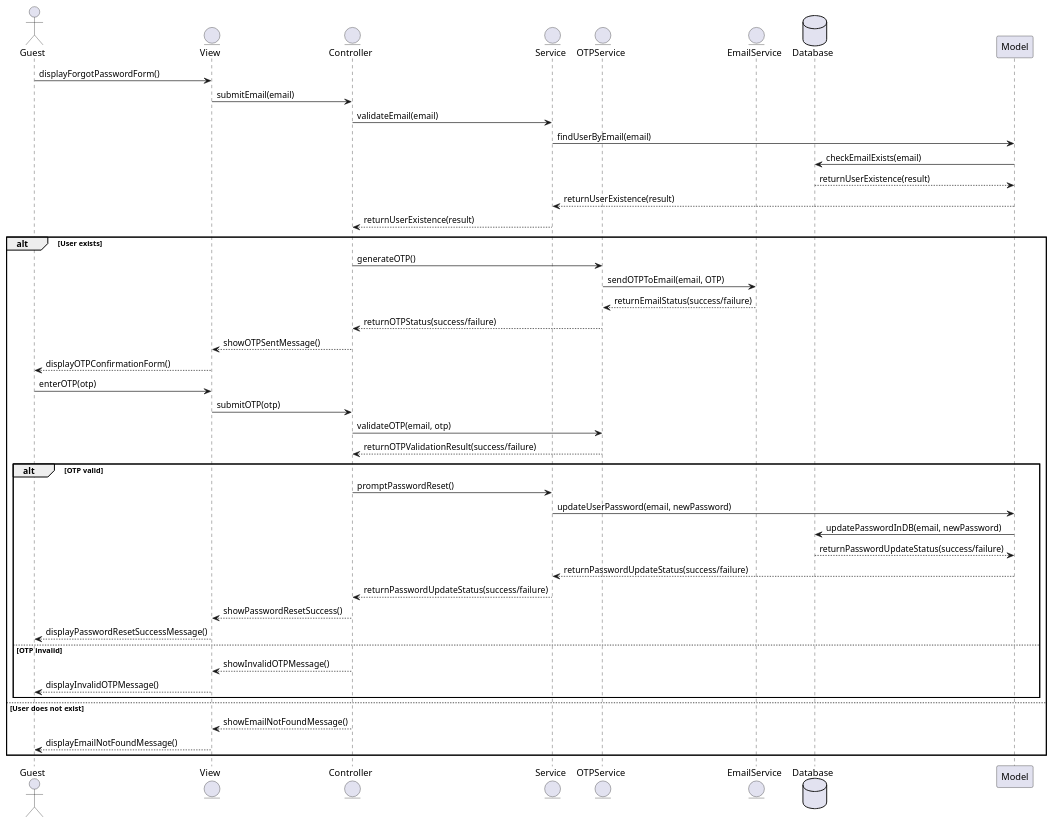
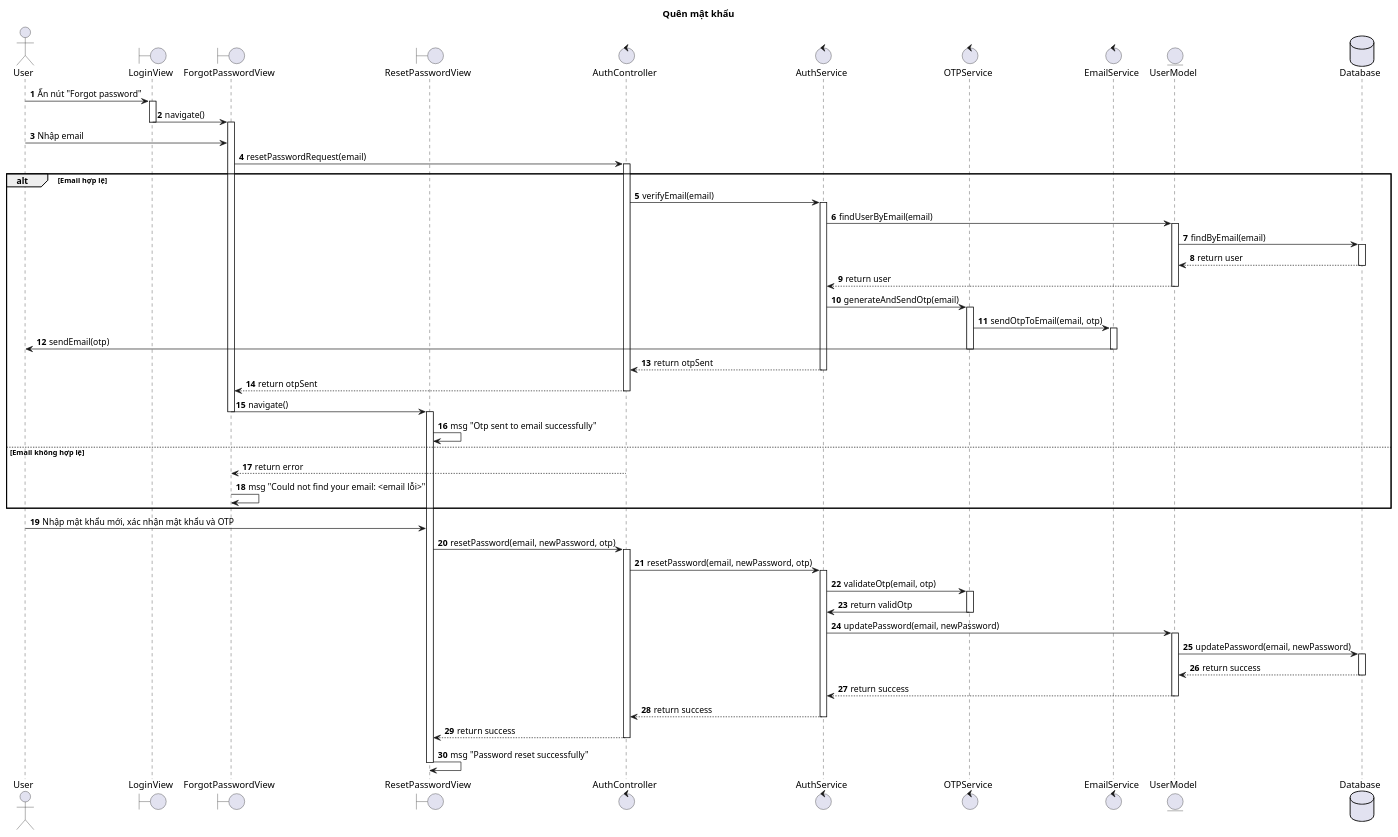
Before and after one commit to UniversityWeb/easy-english-be: the diagram in sequence-diagram/UC_003 Quên mật khẩu.puml, drawn with PlantUML. The commit also changed 13 other files, not shown here.

```diff
--- a/sequence-diagram/UC_003 Quên mật khẩu.puml
+++ b/sequence-diagram/UC_003 Quên mật khẩu.puml
@@ -1,49 +1,89 @@
 @startuml
-actor Guest
-entity View
-entity Controller
-entity Service
-entity OTPService
-entity EmailService
+title Quên mật khẩu
+
+autonumber
+
+actor User
+boundary LoginView
+boundary ForgotPasswordView
+boundary ResetPasswordView
+control AuthController
+control AuthService
+control OTPService
+control EmailService
+entity UserModel
 database Database
 
-Guest -> View : displayForgotPasswordForm()
-View -> Controller : submitEmail(email)
-Controller -> Service : validateEmail(email)
-Service -> Model : findUserByEmail(email)
-Model -> Database : checkEmailExists(email)
-Database --> Model : returnUserExistence(result)
-Model --> Service : returnUserExistence(result)
-Service --> Controller : returnUserExistence(result)
+User -> LoginView : Ấn nút "Forgot password"
+activate LoginView
+LoginView -> ForgotPasswordView : navigate()
+deactivate LoginView
+activate ForgotPasswordView
 
-alt User exists
-    Controller -> OTPService : generateOTP()
-    OTPService -> EmailService : sendOTPToEmail(email, OTP)
-    EmailService --> OTPService : returnEmailStatus(success/failure)
-    OTPService --> Controller : returnOTPStatus(success/failure)
-    Controller --> View : showOTPSentMessage()
-    View --> Guest : displayOTPConfirmationForm()
-    Guest -> View : enterOTP(otp)
-    View -> Controller : submitOTP(otp)
-    Controller -> OTPService : validateOTP(email, otp)
-    OTPService --> Controller : returnOTPValidationResult(success/failure)
+User -> ForgotPasswordView : Nhập email
+ForgotPasswordView -> AuthController : resetPasswordRequest(email)
+activate AuthController
 
-    alt OTP valid
-        Controller -> Service : promptPasswordReset()
-        Service -> Model : updateUserPassword(email, newPassword)
-        Model -> Database : updatePasswordInDB(email, newPassword)
-        Database --> Model : returnPasswordUpdateStatus(success/failure)
-        Model --> Service : returnPasswordUpdateStatus(success/failure)
-        Service --> Controller : returnPasswordUpdateStatus(success/failure)
-        Controller --> View : showPasswordResetSuccess()
-        View --> Guest : displayPasswordResetSuccessMessage()
-    else OTP invalid
-        Controller --> View : showInvalidOTPMessage()
-        View --> Guest : displayInvalidOTPMessage()
-    end
-else User does not exist
-    Controller --> View : showEmailNotFoundMessage()
-    View --> Guest : displayEmailNotFoundMessage()
+alt Email hợp lệ
+    AuthController -> AuthService : verifyEmail(email)
+    activate AuthService
+    AuthService -> UserModel : findUserByEmail(email)
+    activate UserModel
+    UserModel -> Database : findByEmail(email)
+    activate Database
+    Database --> UserModel : return user
+    deactivate Database
+    UserModel --> AuthService : return user
+    deactivate UserModel
+
+    AuthService -> OTPService : generateAndSendOtp(email)
+    activate OTPService
+    OTPService -> EmailService : sendOtpToEmail(email, otp)
+    activate EmailService
+    EmailService -> User : sendEmail(otp)
+    deactivate EmailService
+    deactivate OTPService
+
+    AuthService --> AuthController : return otpSent
+    deactivate AuthService
+    AuthController --> ForgotPasswordView : return otpSent
+    deactivate AuthController
+    ForgotPasswordView -> ResetPasswordView : navigate()
+    deactivate ForgotPasswordView
+    activate ResetPasswordView
+    ResetPasswordView -> ResetPasswordView : msg "Otp sent to email successfully"
+
+else Email không hợp lệ
+    AuthController --> ForgotPasswordView : return error
+    deactivate AuthController
+    ForgotPasswordView -> ForgotPasswordView : msg "Could not find your email: <email lỗi>"
 end
 
+User -> ResetPasswordView : Nhập mật khẩu mới, xác nhận mật khẩu và OTP
+ResetPasswordView -> AuthController : resetPassword(email, newPassword, otp)
+activate AuthController
+
+AuthController -> AuthService : resetPassword(email, newPassword, otp)
+activate AuthService
+AuthService -> OTPService : validateOtp(email, otp)
+activate OTPService
+OTPService -> AuthService : return validOtp
+deactivate OTPService
+
+AuthService -> UserModel : updatePassword(email, newPassword)
+activate UserModel
+UserModel -> Database : updatePassword(email, newPassword)
+activate Database
+Database --> UserModel : return success
+deactivate Database
+UserModel --> AuthService : return success
+deactivate UserModel
+
+AuthService --> AuthController : return success
+deactivate AuthService
+AuthController --> ResetPasswordView : return success
+deactivate AuthController
+ResetPasswordView -> ResetPasswordView : msg "Password reset successfully"
+deactivate ResetPasswordView
+
 @enduml
```
